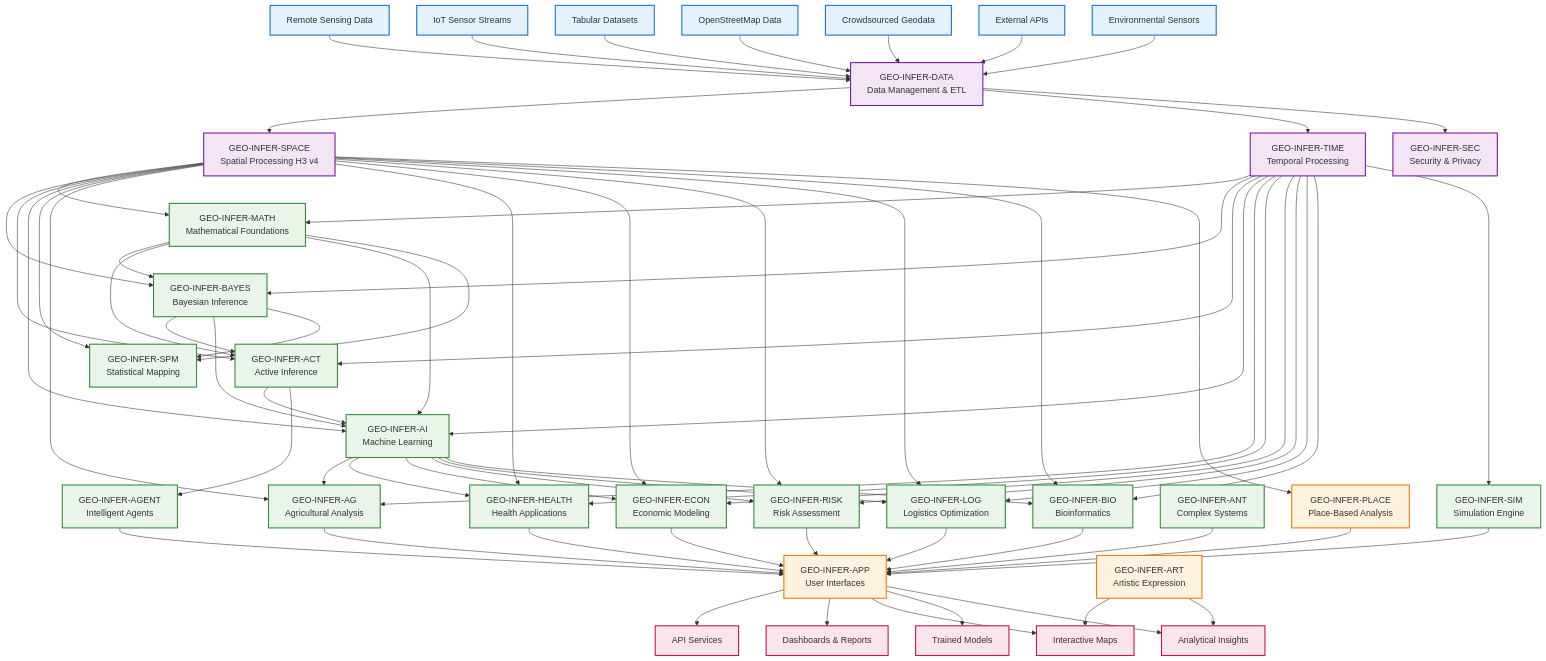
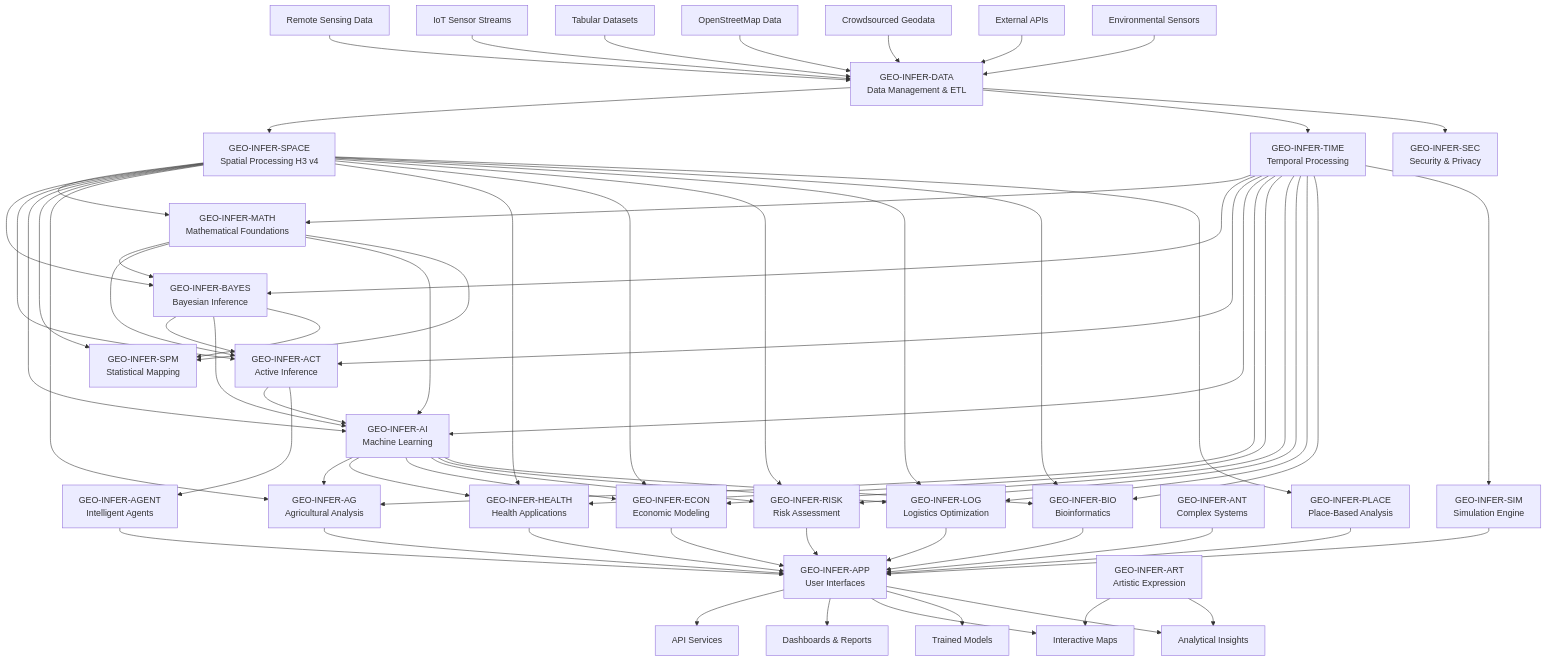
One commit to ActiveInferenceInstitute/GEO-INFER changed the second of 3 diagrams in README.md. Above: the diagram before and after it, drawn with Mermaid. The commit also changed other lines of this file and 387 other files, not shown here.

````diff
--- a/README.md
+++ b/README.md
@@ -422,57 +419,53 @@
 ```mermaid
 flowchart TD
-    classDef dataSource fill:#e3f2fd,stroke:#1976d2,stroke-width:2px
-    classDef processing fill:#f3e5f5,stroke:#7b1fa2,stroke-width:2px
-    classDef analysis fill:#e8f5e8,stroke:#388e3c,stroke-width:2px
-    classDef application fill:#fff3e0,stroke:#f57c00,stroke-width:2px
-    classDef output fill:#fce4ec,stroke:#c2185b,stroke-width:2px
+    %% Note: no explicit styling; keep dark-mode compatible
 
     %% Data Sources
-    RS["Remote Sensing Data"]:::dataSource
-    IOT["IoT Sensor Streams"]:::dataSource
-    CSV["Tabular Datasets"]:::dataSource
-    OSM["OpenStreetMap Data"]:::dataSource
-    CGD["Crowdsourced Geodata"]:::dataSource
-    API["External APIs"]:::dataSource
-    SENSOR["Environmental Sensors"]:::dataSource
+    RS["Remote Sensing Data"]
+    IOT["IoT Sensor Streams"]
+    CSV["Tabular Datasets"]
+    OSM["OpenStreetMap Data"]
+    CGD["Crowdsourced Geodata"]
+    API["External APIs"]
+    SENSOR["Environmental Sensors"]
     
     %% Data Processing Layer
-    DATA["GEO-INFER-DATA<br/>Data Management & ETL"]:::processing
-    SPACE["GEO-INFER-SPACE<br/>Spatial Processing H3 v4"]:::processing
-    TIME["GEO-INFER-TIME<br/>Temporal Processing"]:::processing
-    SEC["GEO-INFER-SEC<br/>Security & Privacy"]:::processing
+    DATA["GEO-INFER-DATA<br/>Data Management & ETL"]
+    SPACE["GEO-INFER-SPACE<br/>Spatial Processing H3 v4"]
+    TIME["GEO-INFER-TIME<br/>Temporal Processing"]
+    SEC["GEO-INFER-SEC<br/>Security & Privacy"]
 
     %% Analytical Layer
-    MATH["GEO-INFER-MATH<br/>Mathematical Foundations"]:::analysis
-    BAYES["GEO-INFER-BAYES<br/>Bayesian Inference"]:::analysis
-    ACT["GEO-INFER-ACT<br/>Active Inference"]:::analysis
-    AI["GEO-INFER-AI<br/>Machine Learning"]:::analysis
-    SPM["GEO-INFER-SPM<br/>Statistical Mapping"]:::analysis
+    MATH["GEO-INFER-MATH<br/>Mathematical Foundations"]
+    BAYES["GEO-INFER-BAYES<br/>Bayesian Inference"]
+    ACT["GEO-INFER-ACT<br/>Active Inference"]
+    AI["GEO-INFER-AI<br/>Machine Learning"]
+    SPM["GEO-INFER-SPM<br/>Statistical Mapping"]
 
     %% Domain-Specific Analysis
-    AG["GEO-INFER-AG<br/>Agricultural Analysis"]:::analysis
-    HEALTH["GEO-INFER-HEALTH<br/>Health Applications"]:::analysis
-    ECON["GEO-INFER-ECON<br/>Economic Modeling"]:::analysis
-    RISK["GEO-INFER-RISK<br/>Risk Assessment"]:::analysis
-    LOG["GEO-INFER-LOG<br/>Logistics Optimization"]:::analysis
-    BIO["GEO-INFER-BIO<br/>Bioinformatics"]:::analysis
+    AG["GEO-INFER-AG<br/>Agricultural Analysis"]
+    HEALTH["GEO-INFER-HEALTH<br/>Health Applications"]
+    ECON["GEO-INFER-ECON<br/>Economic Modeling"]
+    RISK["GEO-INFER-RISK<br/>Risk Assessment"]
+    LOG["GEO-INFER-LOG<br/>Logistics Optimization"]
+    BIO["GEO-INFER-BIO<br/>Bioinformatics"]
 
     %% Simulation & Modeling
-    SIM["GEO-INFER-SIM<br/>Simulation Engine"]:::analysis
-    ANT["GEO-INFER-ANT<br/>Complex Systems"]:::analysis
-    AGENT["GEO-INFER-AGENT<br/>Intelligent Agents"]:::analysis
+    SIM["GEO-INFER-SIM<br/>Simulation Engine"]
+    ANT["GEO-INFER-ANT<br/>Complex Systems"]
+    AGENT["GEO-INFER-AGENT<br/>Intelligent Agents"]
 
     %% Application Layer
-    APP["GEO-INFER-APP<br/>User Interfaces"]:::application
-    ART["GEO-INFER-ART<br/>Artistic Expression"]:::application
-    PLACE["GEO-INFER-PLACE<br/>Place-Based Analysis"]:::application
+    APP["GEO-INFER-APP<br/>User Interfaces"]
+    ART["GEO-INFER-ART<br/>Artistic Expression"]
+    PLACE["GEO-INFER-PLACE<br/>Place-Based Analysis"]
 
     %% Output Layer
-    API_OUT["API Services"]:::output
-    DASH["Dashboards & Reports"]:::output
-    MAPS["Interactive Maps"]:::output
-    MODELS["Trained Models"]:::output
-    INSIGHTS["Analytical Insights"]:::output
+    API_OUT["API Services"]
+    DASH["Dashboards & Reports"]
+    MAPS["Interactive Maps"]
+    MODELS["Trained Models"]
+    INSIGHTS["Analytical Insights"]
 
     %% Data Flow Connections
     RS --> DATA
````
